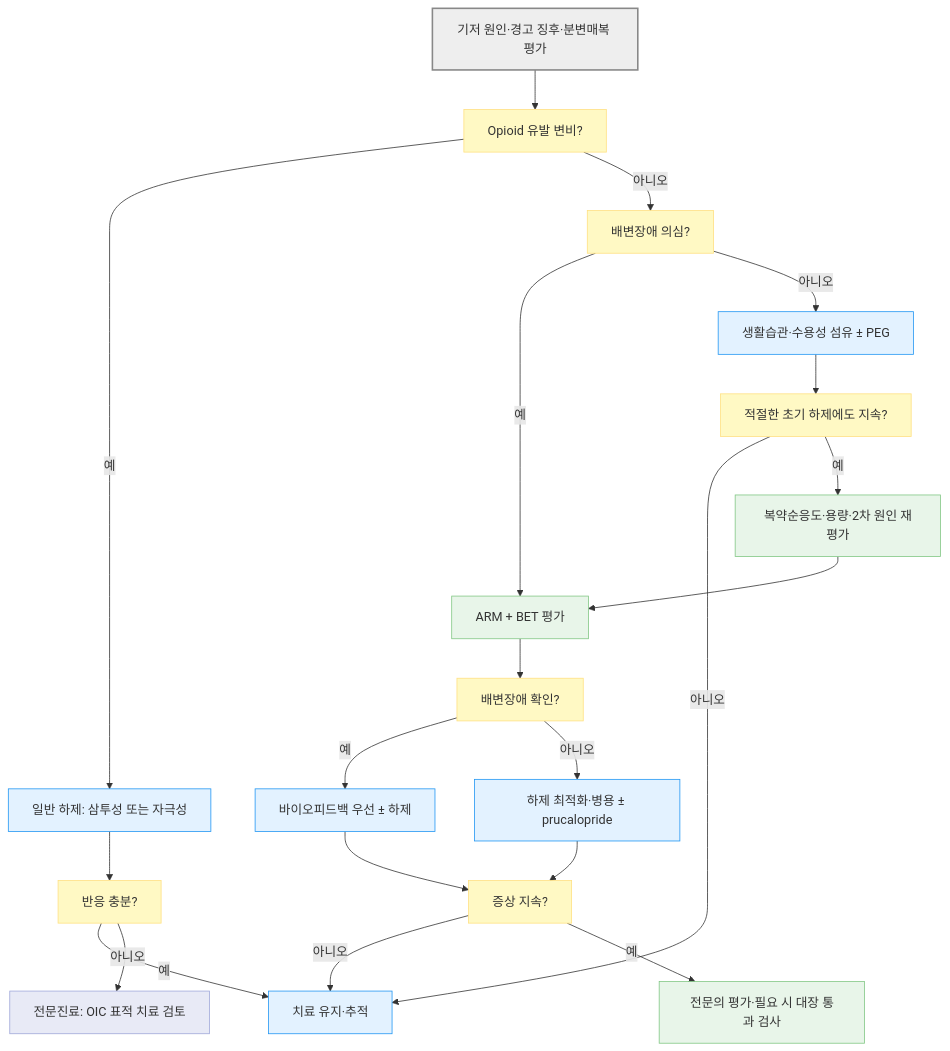
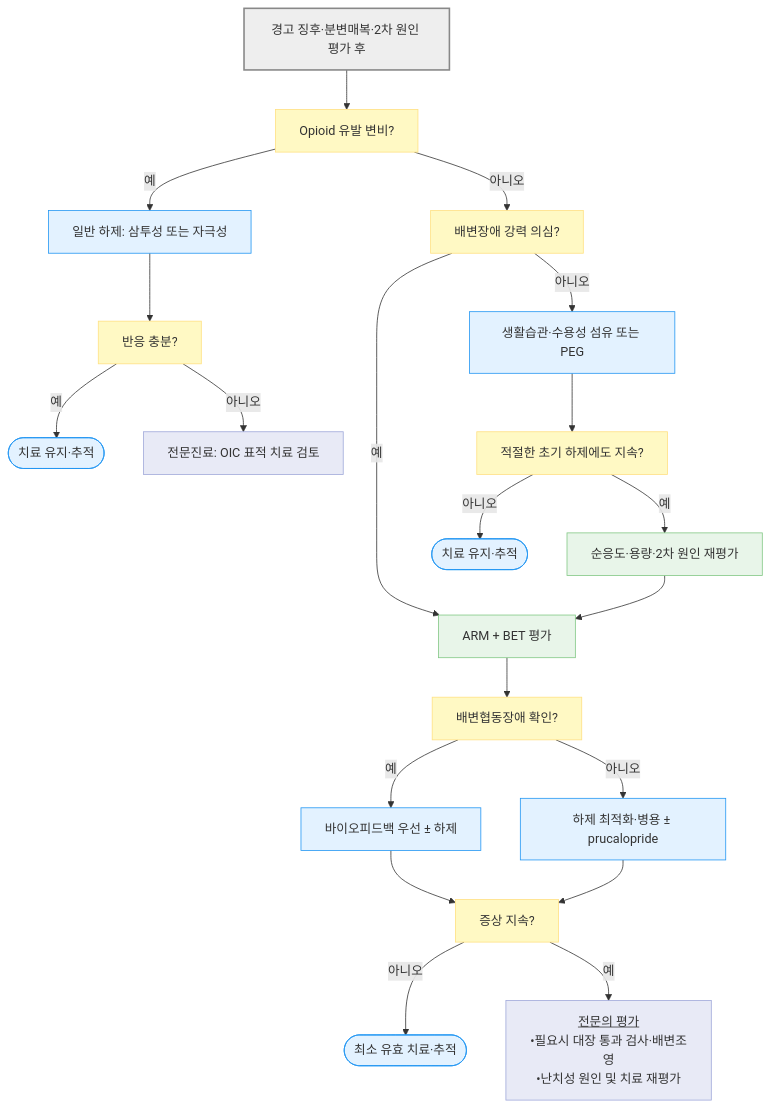
Before and after one commit to familyoh77/familyoh77: the second of 2 diagrams in 224_/082_-constipation.md, drawn with Mermaid. The commit also changed other lines of this file and 1 other file, not shown here.

````diff
--- a/224_/082_-constipation.md
+++ b/224_/082_-constipation.md
@@ -113,32 +146,32 @@
 ```mermaid
 flowchart TD
-    A["기저 원인·경고 징후·분변매복 평가"] --> B["Opioid 유발 변비?"]
-    B -->|예| C["일반 하제: 삼투성 또는 자극성"]
+    A["경고 징후·분변매복·2차 원인 평가 후"] --> B["Opioid 유발 변비?"]
+    B -- "예" --> C["일반 하제: 삼투성 또는 자극성"]
     C --> D["반응 충분?"]
-    D -->|예| Z["치료 유지·추적"]
-    D -->|아니오| E["전문진료: OIC 표적 치료 검토"]
-    B -->|아니오| F["배변장애 의심?"]
-    F -->|예| G["ARM + BET 평가"]
-    F -->|아니오| H["생활습관·수용성 섬유 ± PEG"]
+    D -- "예" --> Z1(["치료 유지·추적"])
+    D -- "아니오" --> E["전문진료: OIC 표적 치료 검토"]
+    B -- "아니오" --> F["배변장애 강력 의심?"]
+    F -- "예" --> G["ARM + BET 평가"]
+    F -- "아니오" --> H["생활습관·수용성 섬유 또는 PEG"]
     H --> I["적절한 초기 하제에도 지속?"]
-    I -->|아니오| Z
-    I -->|예| J["복약순응도·용량·2차 원인 재평가"]
+    I -- "아니오" --> Z2(["치료 유지·추적"])
+    I -- "예" --> J["순응도·용량·2차 원인 재평가"]
     J --> G
-    G --> K["배변장애 확인?"]
-    K -->|예| L["바이오피드백 우선 ± 하제"]
-    K -->|아니오| M["하제 최적화·병용 ± prucalopride"]
+    G --> K["배변협동장애 확인?"]
+    K -- "예" --> L["바이오피드백 우선 ± 하제"]
+    K -- "아니오" --> M["하제 최적화·병용 ± prucalopride"]
     L --> N["증상 지속?"]
     M --> N
-    N -->|아니오| Z
-    N -->|예| O["전문의 평가·필요 시 대장 통과 검사"]
+    N -- "아니오" --> Z3(["최소 유효 치료·추적"])
+    N -- "예" --> O["<u>전문의 평가</u><br/>•필요시 대장 통과 검사·배변조영<br/>•난치성 원인 및 치료 재평가"]
     classDef neutral fill:#eeeeee,stroke:#888888,stroke-width:2px
     classDef question fill:#fff9c4,stroke:#ffe082
     classDef test fill:#e8f5e9,stroke:#81c784
     classDef treatment fill:#e3f2ff,stroke:#2196f3
     classDef next fill:#e8eaf6,stroke:#9fa8da
     class A neutral
     class B,D,F,I,K,N question
-    class G,J,O test
-    class C,H,L,M,Z treatment
-    class E next
+    class G,J test
+    class C,H,L,M,Z1,Z2,Z3 treatment
+    class E,O next
 ```
````
